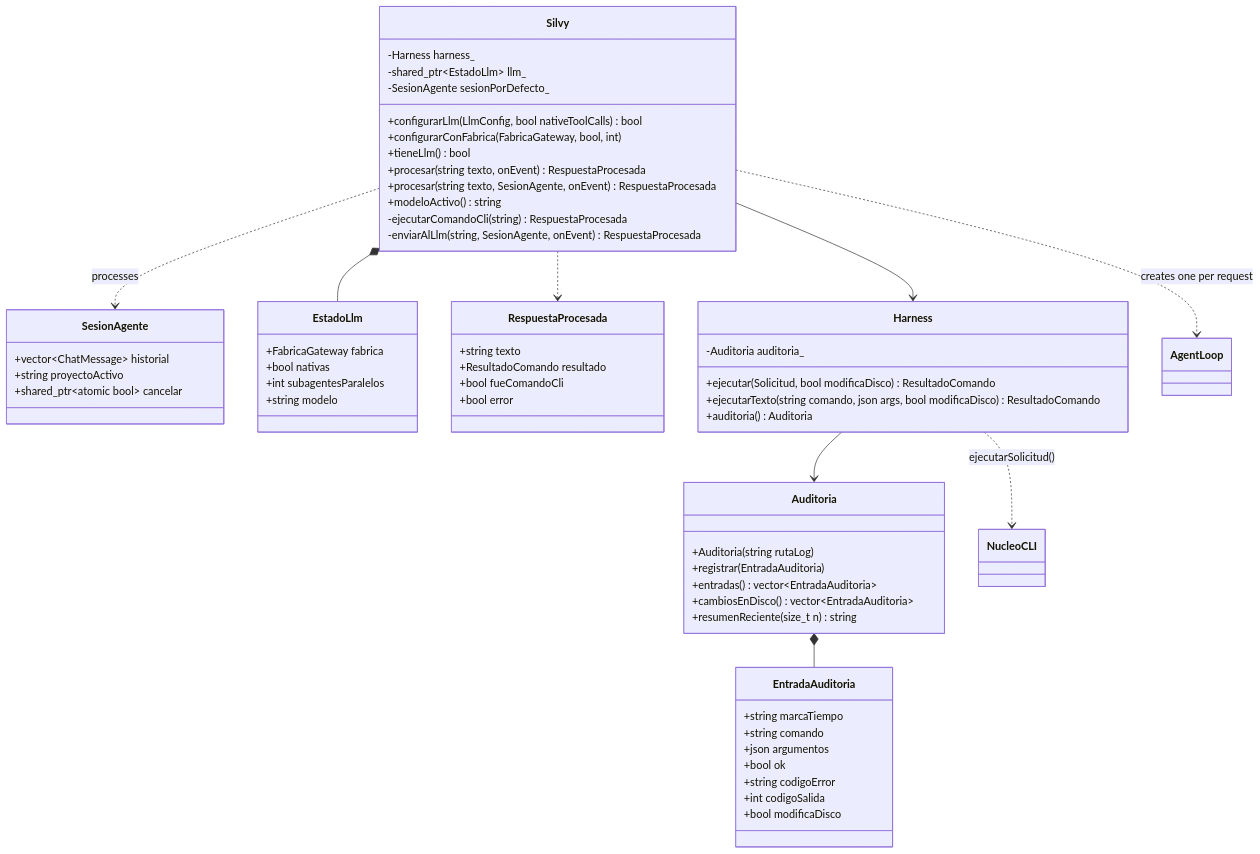
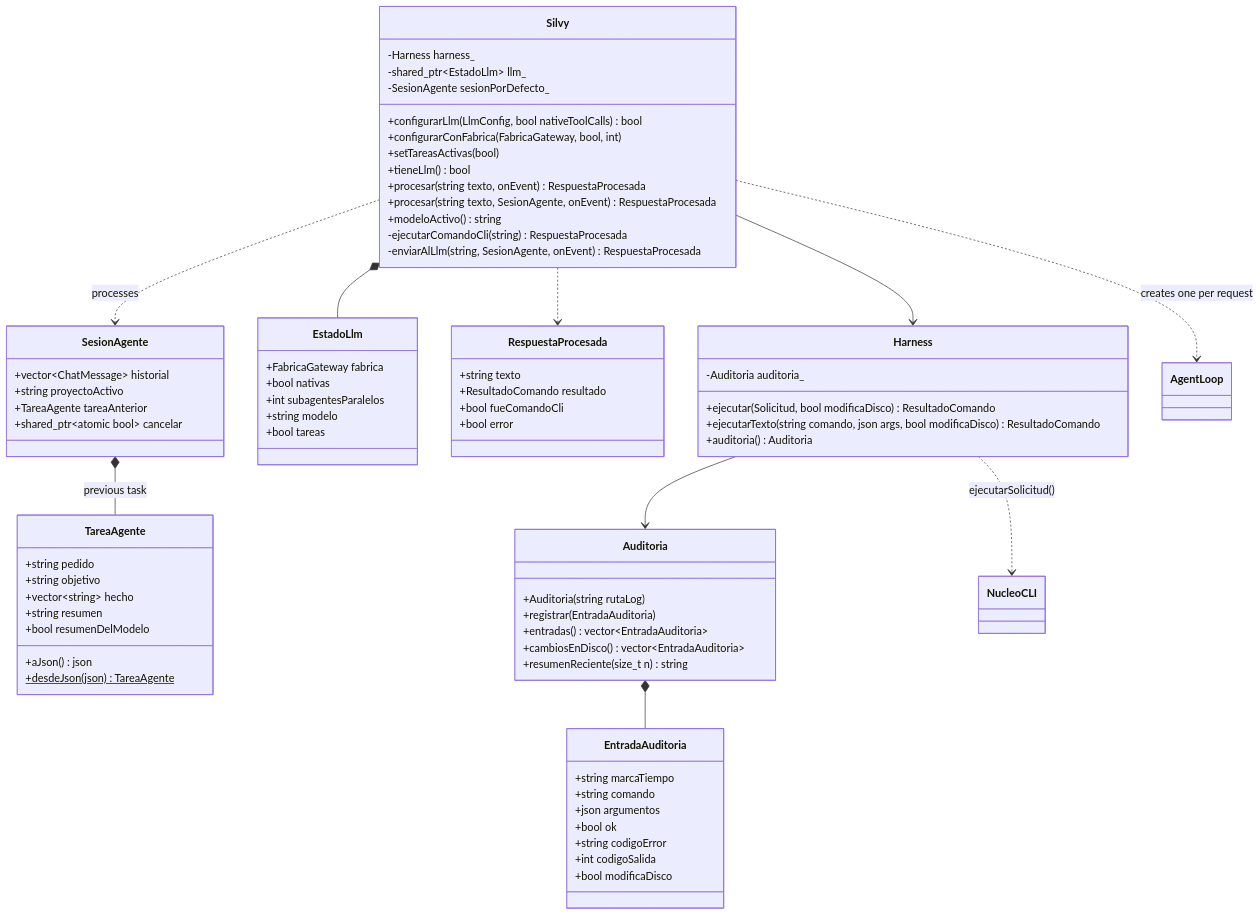
The third of 8 diagrams in doc/uml/DiagramaClases.eng.md (FunshiEngine/FunshiEngineCLI), drawn with Mermaid before and after one commit. The commit also changed 4 other files, not shown here.

First line of the commit message:
docs: tareas del agente y correcciones de sus llamadas

````diff
--- a/doc/uml/DiagramaClases.eng.md
+++ b/doc/uml/DiagramaClases.eng.md
@@ -136,64 +136,77 @@
 ```mermaid
 classDiagram
     class Silvy {
         -Harness harness_
         -shared_ptr~EstadoLlm~ llm_
         -SesionAgente sesionPorDefecto_
         +configurarLlm(LlmConfig, bool nativeToolCalls) bool
         +configurarConFabrica(FabricaGateway, bool, int)
+        +setTareasActivas(bool)
         +tieneLlm() bool
         +procesar(string texto, onEvent) RespuestaProcesada
         +procesar(string texto, SesionAgente, onEvent) RespuestaProcesada
         +modeloActivo() string
         -ejecutarComandoCli(string) RespuestaProcesada
         -enviarAlLlm(string, SesionAgente, onEvent) RespuestaProcesada
     }
     class SesionAgente {
         +vector~ChatMessage~ historial
         +string proyectoActivo
+        +TareaAgente tareaAnterior
         +shared_ptr~atomic bool~ cancelar
+    }
+    class TareaAgente {
+        +string pedido
+        +string objetivo
+        +vector~string~ hecho
+        +string resumen
+        +bool resumenDelModelo
+        +aJson() json
+        +desdeJson(json)$ TareaAgente
     }
     class EstadoLlm {
         +FabricaGateway fabrica
         +bool nativas
         +int subagentesParalelos
         +string modelo
+        +bool tareas
     }
     class RespuestaProcesada {
         +string texto
         +ResultadoComando resultado
         +bool fueComandoCli
         +bool error
     }
     class Harness {
         -Auditoria auditoria_
         +ejecutar(Solicitud, bool modificaDisco) ResultadoComando
         +ejecutarTexto(string comando, json args, bool modificaDisco) ResultadoComando
         +auditoria() Auditoria
     }
     class Auditoria {
         +Auditoria(string rutaLog)
         +registrar(EntradaAuditoria)
         +entradas() vector~EntradaAuditoria~
         +cambiosEnDisco() vector~EntradaAuditoria~
         +resumenReciente(size_t n) string
     }
     class EntradaAuditoria {
         +string marcaTiempo
         +string comando
         +json argumentos
         +bool ok
         +string codigoError
         +int codigoSalida
         +bool modificaDisco
     }
 
     Silvy --> Harness
     Silvy *-- EstadoLlm
     Silvy ..> SesionAgente : processes
+    SesionAgente *-- TareaAgente : previous task
     Silvy ..> AgentLoop : creates one per request
     Silvy ..> RespuestaProcesada
     Harness --> Auditoria
     Auditoria *-- EntradaAuditoria
     Harness ..> NucleoCLI : ejecutarSolicitud()
 ```
````
